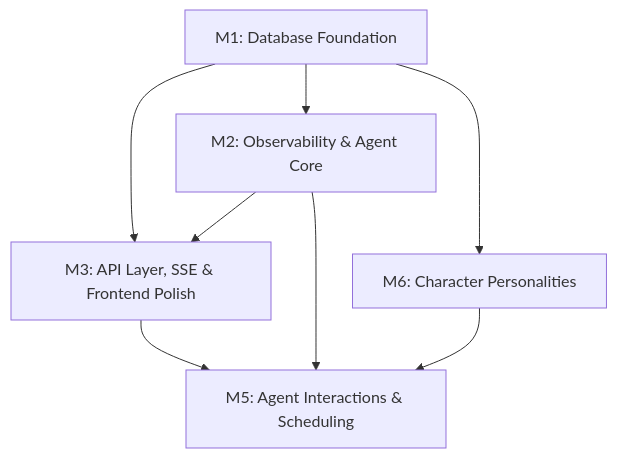
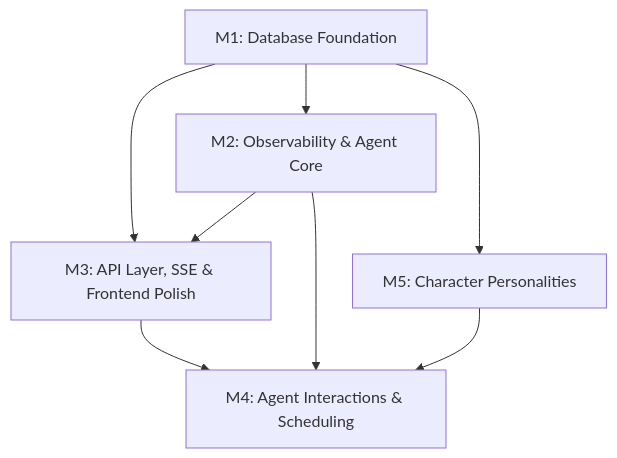
One commit to pedropaulovc/the-office changed the diagram in CLAUDE.md. Above: the diagram before and after it, drawn with Mermaid. The commit also changed other lines of this file and 2 other files, not shown here.

Commit message:
Reset milestone numbering after M4 merge
M5 → M4 (Advanced Interactions), M6 → M5 (Character Personalities).
All story numbers updated: S-5.x → S-4.x, S-6.x → S-5.x.

````diff
--- a/CLAUDE.md
+++ b/CLAUDE.md
@@ -51,10 +51,10 @@
 ```mermaid
 graph TD
     M1[M1: Database Foundation] --> M2[M2: Observability & Agent Core]
     M1 --> M3[M3: API Layer, SSE & Frontend Polish]
     M2 --> M3
-    M3 --> M5[M5: Agent Interactions & Scheduling]
-    M2 --> M5
-    M1 --> M6[M6: Character Personalities]
-    M6 --> M5
+    M3 --> M4[M4: Agent Interactions & Scheduling]
+    M2 --> M4
+    M1 --> M5[M5: Character Personalities]
+    M5 --> M4
 ```
````
